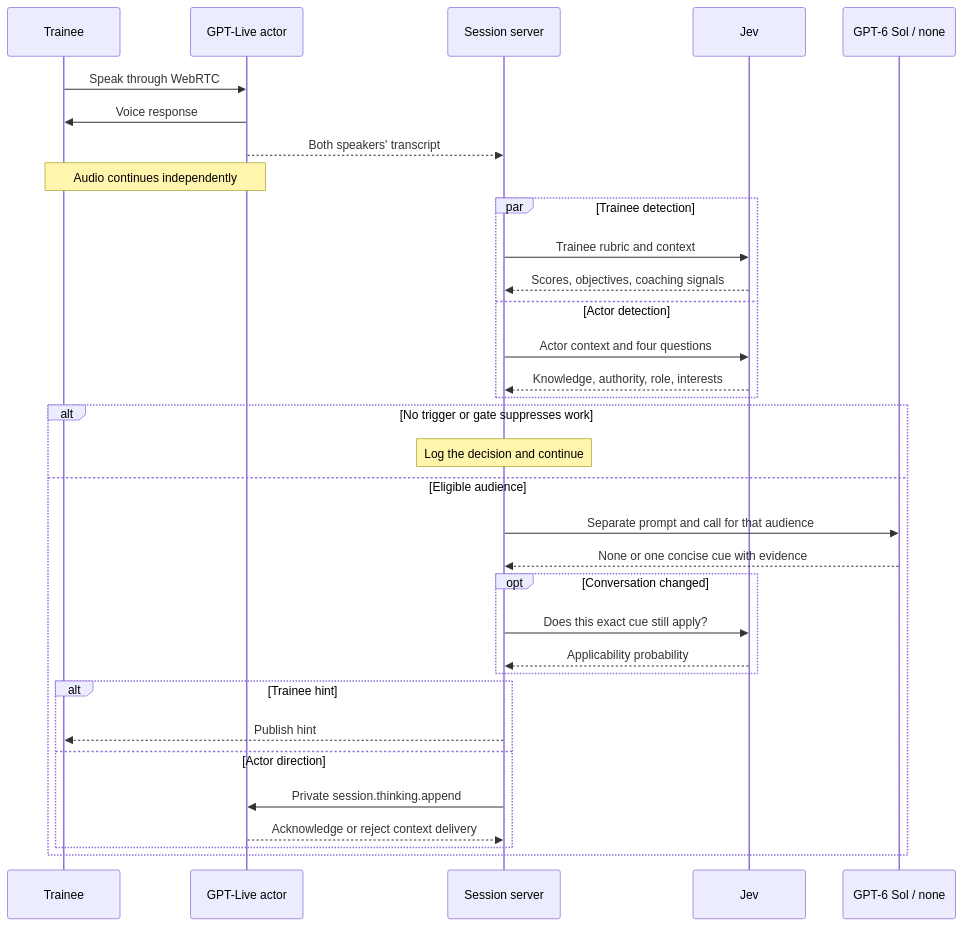
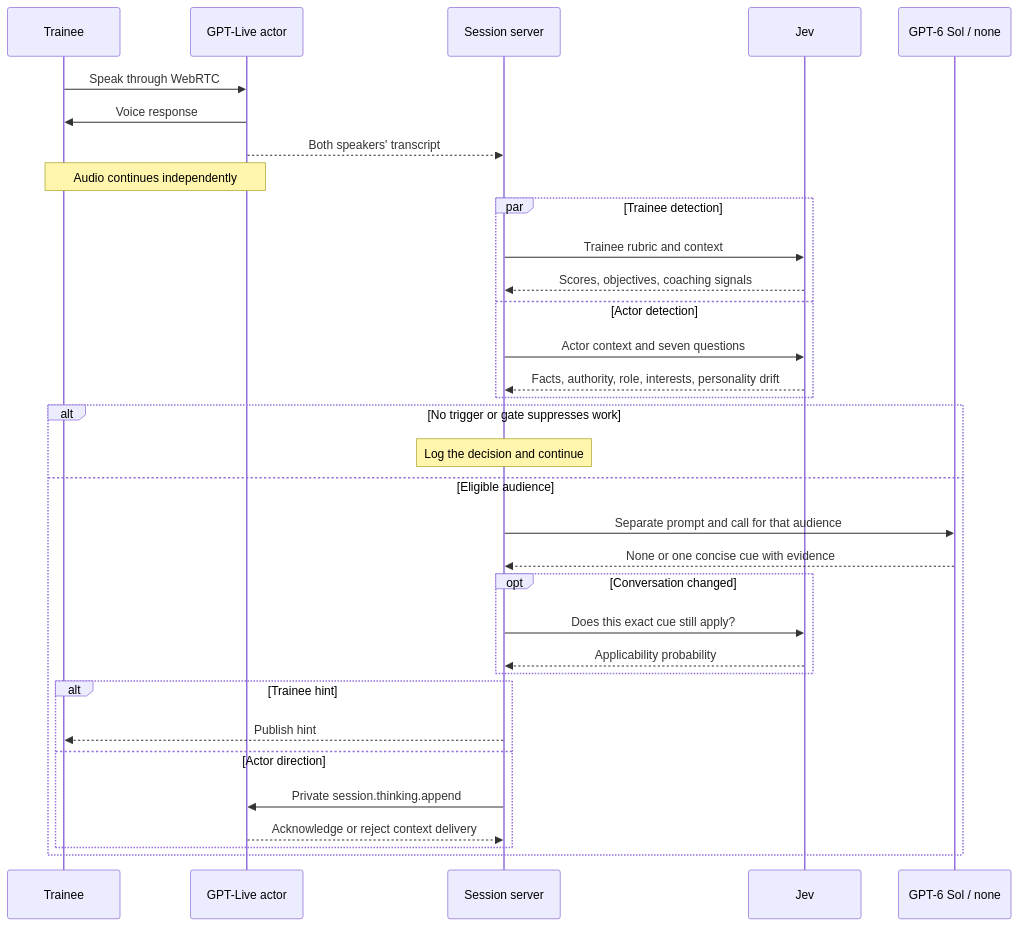
One commit to DroopyTersen/out-of-character changed the diagram in docs/solutioning/simulator-contextual-director-plan.md. Above: the diagram before and after it, drawn with Mermaid. The commit also changed other lines of this file and 13 other files, not shown here.

````diff
--- a/docs/solutioning/simulator-contextual-director-plan.md
+++ b/docs/solutioning/simulator-contextual-director-plan.md
@@ -9,35 +9,35 @@
 ```mermaid
 sequenceDiagram
     participant U as Trainee
     participant V as GPT-Live actor
     participant S as Session server
     participant J as Jev
     participant D as GPT-6 Sol / none
     U->>V: Speak through WebRTC
     V->>U: Voice response
     V-->>S: Both speakers' transcript
     Note over U,V: Audio continues independently
     par Trainee detection
         S->>J: Trainee rubric and context
         J-->>S: Scores, objectives, coaching signals
     and Actor detection
-        S->>J: Actor context and four questions
-        J-->>S: Knowledge, authority, role, interests
+        S->>J: Actor context and seven questions
+        J-->>S: Facts, authority, role, interests, personality drift
     end
     alt No trigger or gate suppresses work
         Note over S: Log the decision and continue
     else Eligible audience
         S->>D: Separate prompt and call for that audience
         D-->>S: None or one concise cue with evidence
         opt Conversation changed
             S->>J: Does this exact cue still apply?
             J-->>S: Applicability probability
         end
         alt Trainee hint
             S-->>U: Publish hint
         else Actor direction
             S->>V: Private session.thinking.append
             V-->>S: Acknowledge or reject context delivery
         end
     end
 ```
````
